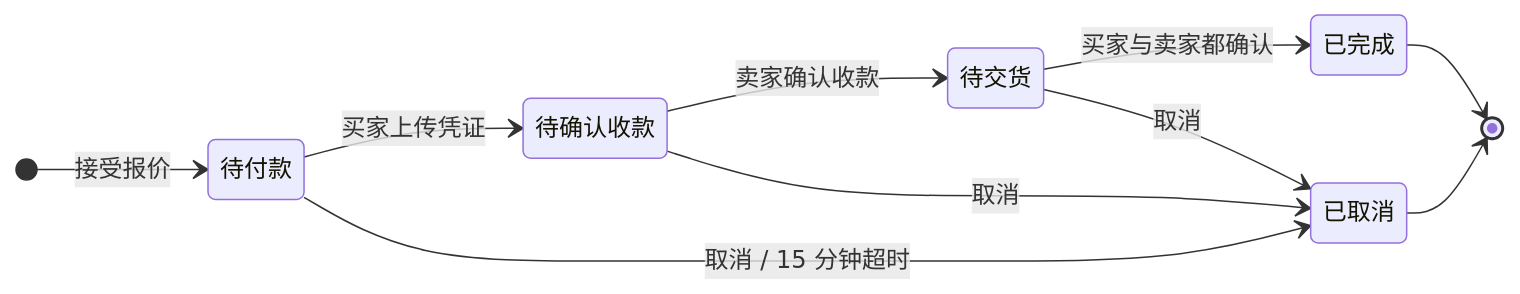
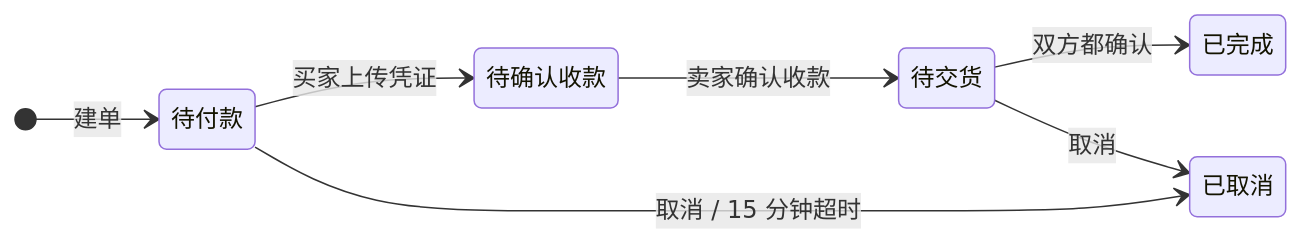
Before and after one commit to ydlo7/campus-flea-market: the third of 3 diagrams in docs/ARCHITECTURE.md, drawn with Mermaid. The commit also changed other lines of this file and 11 other files, not shown here.

First line of the commit message:
docs: 全栈版 README / 架构 / PRD / 简历，替换截图

````diff
--- a/docs/ARCHITECTURE.md
+++ b/docs/ARCHITECTURE.md
@@ -43,13 +57,10 @@
 ```mermaid
 stateDiagram-v2
     direction LR
-    [*] --> 待付款: 接受报价
+    [*] --> 待付款: 建单
     待付款 --> 待确认收款: 买家上传凭证
     待付款 --> 已取消: 取消 / 15 分钟超时
     待确认收款 --> 待交货: 卖家确认收款
-    待确认收款 --> 已取消: 取消
-    待交货 --> 已完成: 买家与卖家都确认
+    待交货 --> 已完成: 双方都确认
     待交货 --> 已取消: 取消
-    已完成 --> [*]
-    已取消 --> [*]
 ```
````
